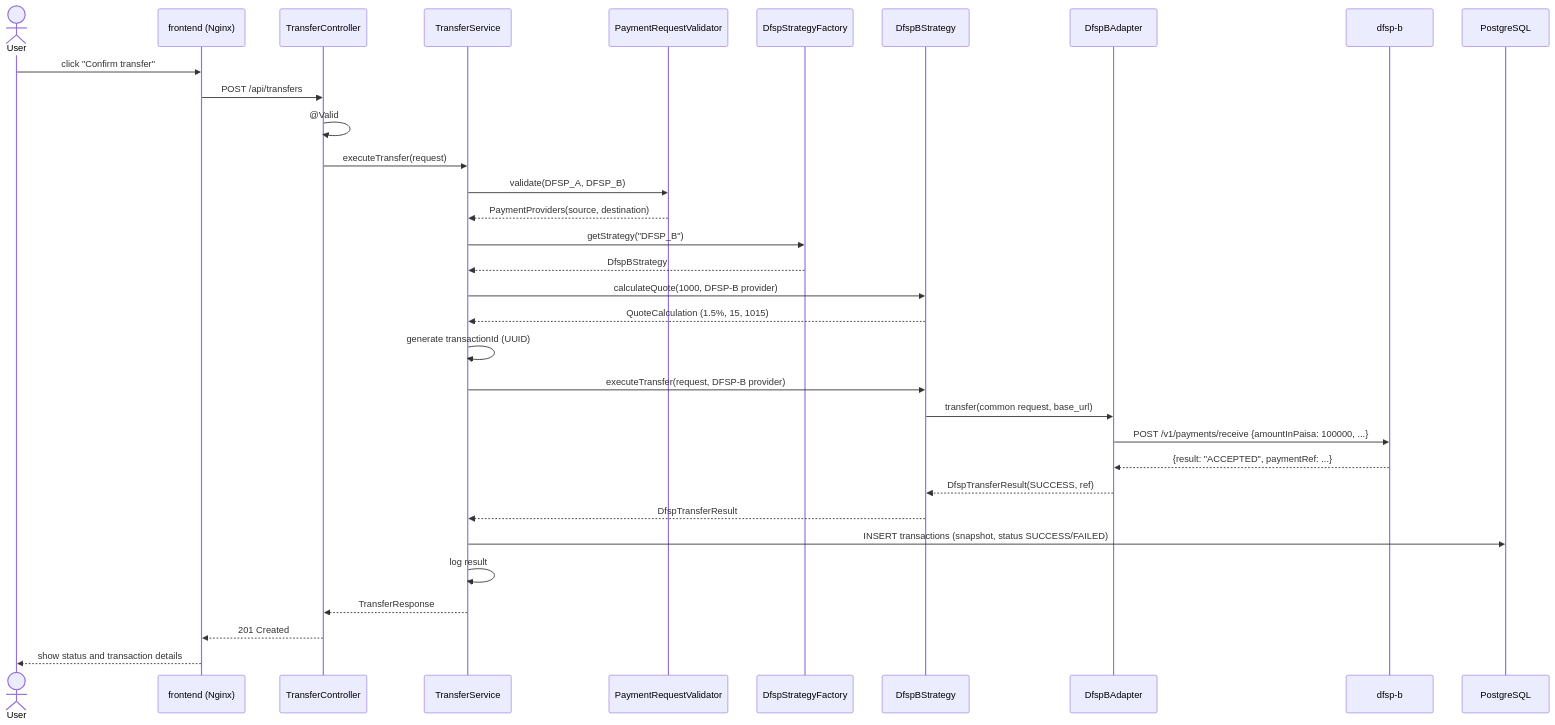
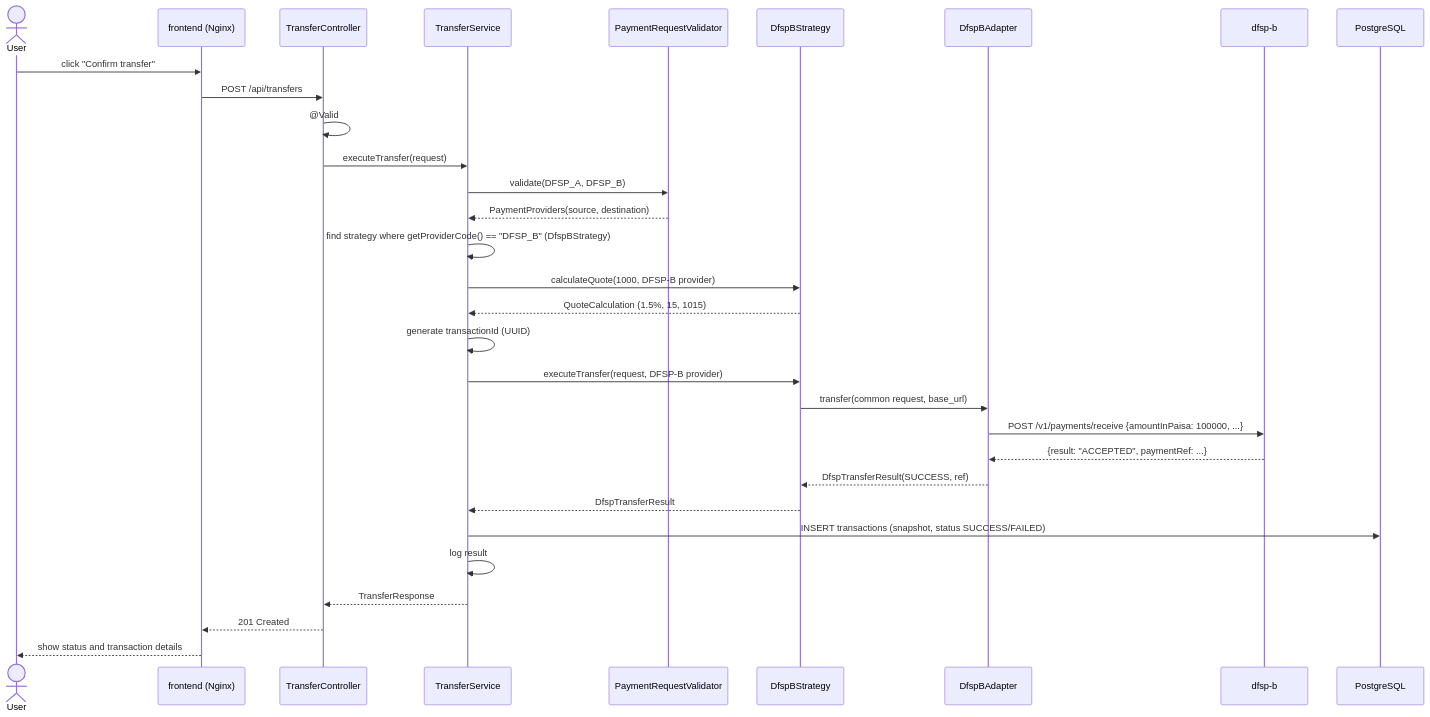
One commit to ProvaPaul/Mini-Payment-Router-Simulator changed the fourth of 5 diagrams in docs/ARCHITECTURE.md. Above: the diagram before and after it, drawn with Mermaid. The commit also changed other lines of this file and 14 other files, not shown here.

````diff
--- a/docs/ARCHITECTURE.md
+++ b/docs/ARCHITECTURE.md
@@ -382,36 +393,34 @@
 ```mermaid
 sequenceDiagram
     actor U as User
     participant FE as frontend (Nginx)
     participant TC as TransferController
     participant TS as TransferService
     participant PV as PaymentRequestValidator
-    participant SF as DfspStrategyFactory
     participant ST as DfspBStrategy
     participant AD as DfspBAdapter
     participant D as dfsp-b
     participant DB as PostgreSQL
 
     U->>FE: click "Confirm transfer"
     FE->>TC: POST /api/transfers
     TC->>TC: @Valid
     TC->>TS: executeTransfer(request)
     TS->>PV: validate(DFSP_A, DFSP_B)
     PV-->>TS: PaymentProviders(source, destination)
-    TS->>SF: getStrategy("DFSP_B")
-    SF-->>TS: DfspBStrategy
+    TS->>TS: find strategy where getProviderCode() == "DFSP_B" (DfspBStrategy)
     TS->>ST: calculateQuote(1000, DFSP-B provider)
     ST-->>TS: QuoteCalculation (1.5%, 15, 1015)
     TS->>TS: generate transactionId (UUID)
     TS->>ST: executeTransfer(request, DFSP-B provider)
     ST->>AD: transfer(common request, base_url)
     AD->>D: POST /v1/payments/receive {amountInPaisa: 100000, ...}
     D-->>AD: {result: "ACCEPTED", paymentRef: ...}
     AD-->>ST: DfspTransferResult(SUCCESS, ref)
     ST-->>TS: DfspTransferResult
     TS->>DB: INSERT transactions (snapshot, status SUCCESS/FAILED)
     TS->>TS: log result
     TS-->>TC: TransferResponse
     TC-->>FE: 201 Created
     FE-->>U: show status and transaction details
 ```
````
